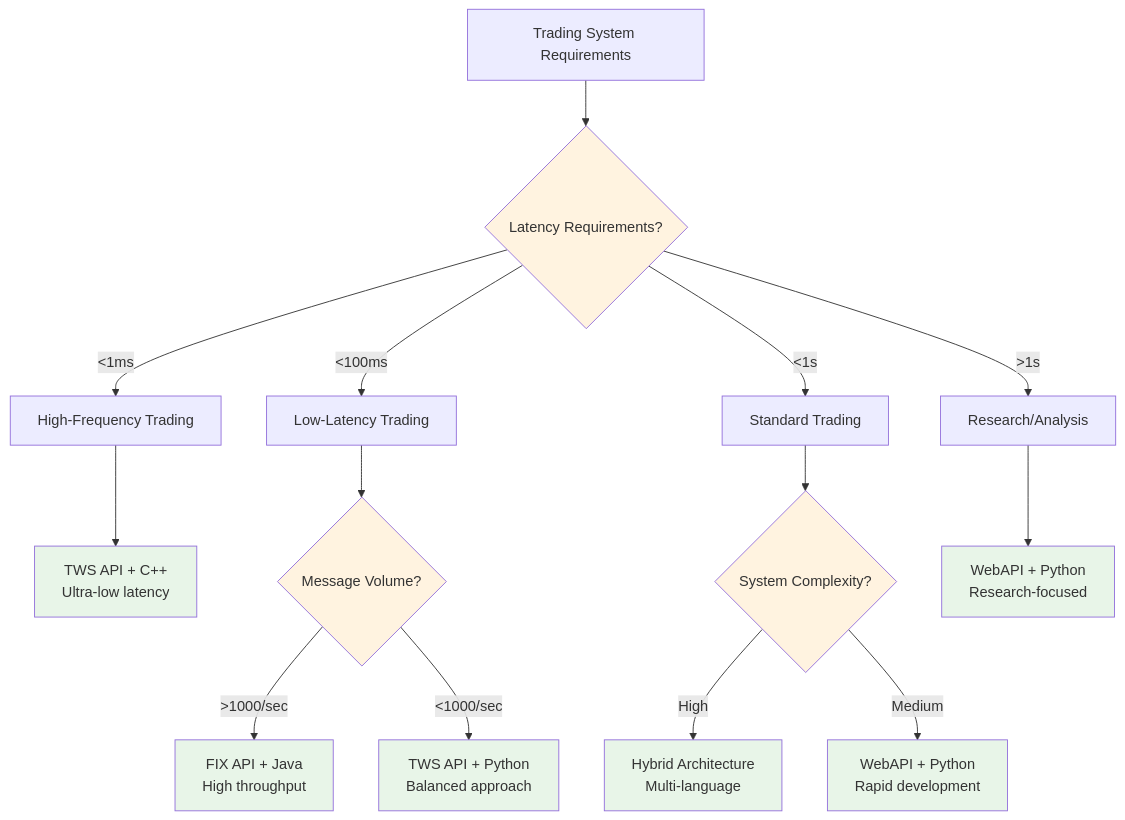
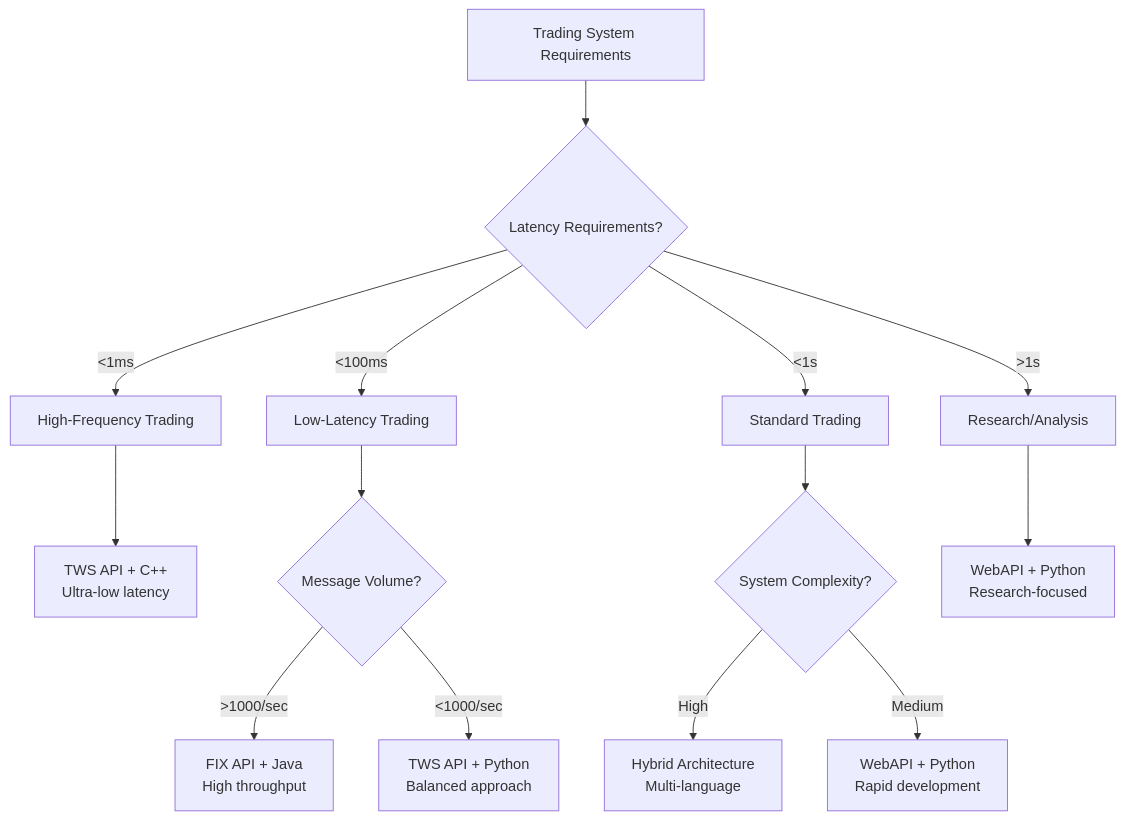
One commit to petewilburn/Python-Programs-for-Fun-and-Education changed the sixth of 8 diagrams in src/Python_Programs/IBKR_API_Comparison_Guide.md. Above: the diagram before and after it, drawn with Mermaid. The commit also changed other lines of this file and 3 other files, not shown here.

Commit message:
Remove all Mermaid styling for better dark mode compatibility

````diff
--- a/src/Python_Programs/IBKR_API_Comparison_Guide.md
+++ b/src/Python_Programs/IBKR_API_Comparison_Guide.md
@@ -736,28 +706,23 @@
 ```mermaid
 flowchart TD
     Start[Trading System Requirements] --> Latency{Latency Requirements?}
     
     Latency -->|<1ms| HFT[High-Frequency Trading]
     Latency -->|<100ms| LowLat[Low-Latency Trading]
     Latency -->|<1s| Standard[Standard Trading]
     Latency -->|>1s| Research[Research/Analysis]
     
     HFT --> TWS_CPP[TWS API + C++<br/>Ultra-low latency]
     
     LowLat --> Volume{Message Volume?}
     Volume -->|>1000/sec| FIX_Java[FIX API + Java<br/>High throughput]
     Volume -->|<1000/sec| TWS_Python[TWS API + Python<br/>Balanced approach]
     
     Standard --> Complexity{System Complexity?}
     Complexity -->|High| Hybrid[Hybrid Architecture<br/>Multi-language]
     Complexity -->|Medium| Web_Python[WebAPI + Python<br/>Rapid development]
     
     Research --> Web_Python2[WebAPI + Python<br/>Research-focused]
     
     %% Styling
-    classDef decision fill:#fff3e0
-    classDef solution fill:#e8f5e8
-    
-    class Latency,Volume,Complexity decision
-    class TWS_CPP,FIX_Java,TWS_Python,Hybrid,Web_Python,Web_Python2 solution
 ```
````
